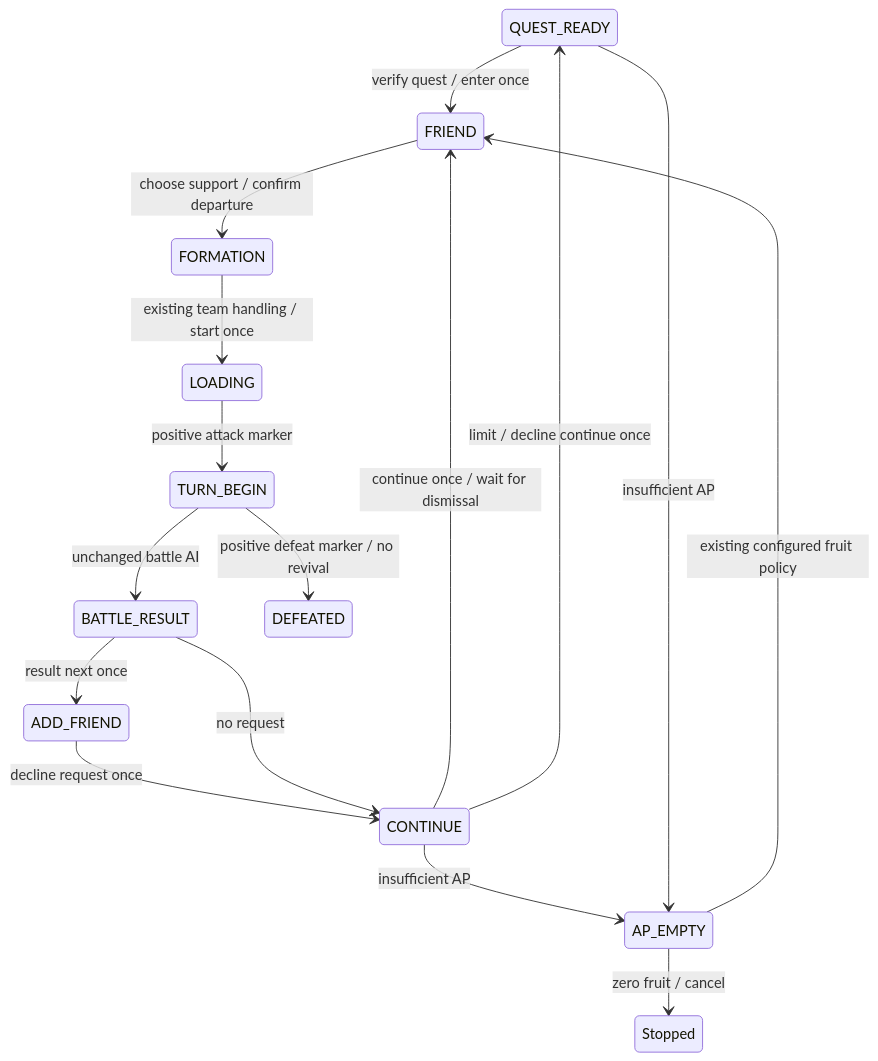
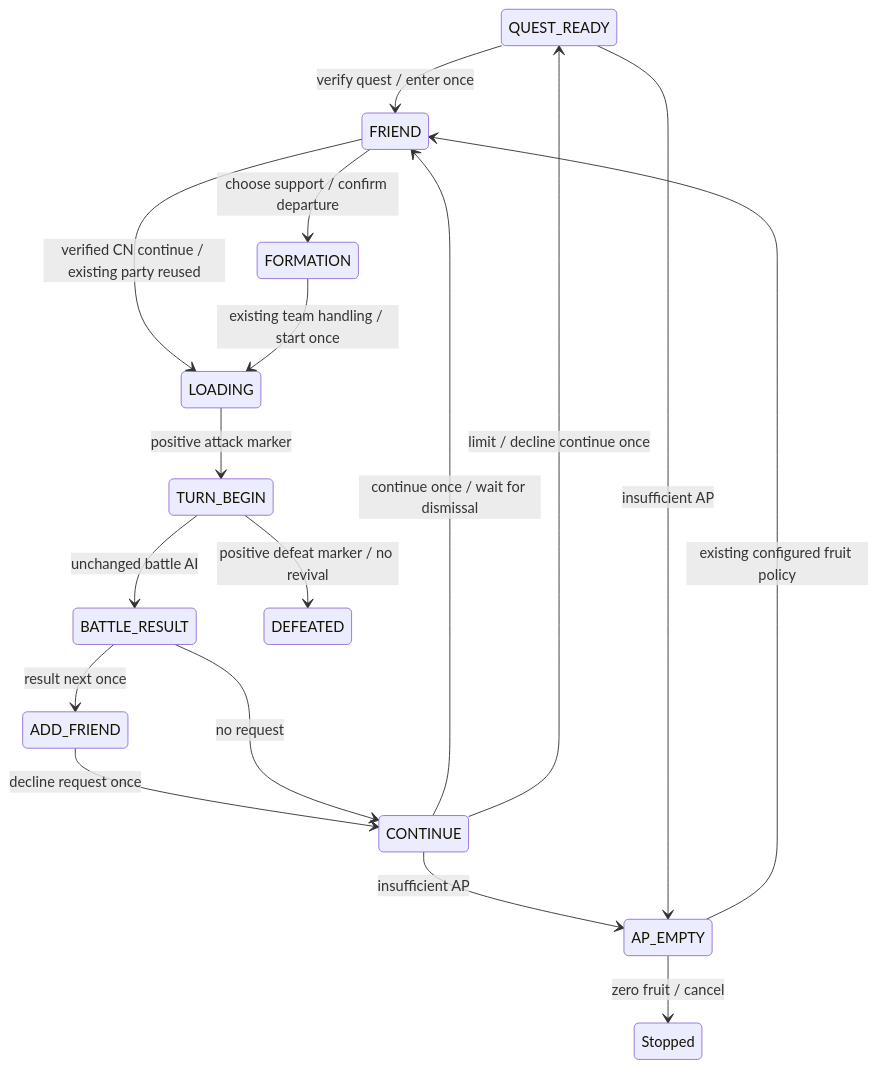
Before and after one commit to Lamprotornis-chalybaeus/FGO-py: the diagram in docs/BATTLE-CYCLE.md, drawn with Mermaid. The commit also changed other lines of this file and 2 other files, not shown here.

````diff
--- a/docs/BATTLE-CYCLE.md
+++ b/docs/BATTLE-CYCLE.md
@@ -7,18 +7,19 @@
 ```mermaid
 stateDiagram-v2
     QUEST_READY --> FRIEND: verify quest / enter once
     CONTINUE --> FRIEND: continue once / wait for dismissal
     CONTINUE --> AP_EMPTY: insufficient AP
     QUEST_READY --> AP_EMPTY: insufficient AP
     AP_EMPTY --> FRIEND: existing configured fruit policy
     AP_EMPTY --> Stopped: zero fruit / cancel
     FRIEND --> FORMATION: choose support / confirm departure
+    FRIEND --> LOADING: verified CN continue / existing party reused
     FORMATION --> LOADING: existing team handling / start once
     LOADING --> TURN_BEGIN: positive attack marker
     TURN_BEGIN --> BATTLE_RESULT: unchanged battle AI
     TURN_BEGIN --> DEFEATED: positive defeat marker / no revival
     BATTLE_RESULT --> ADD_FRIEND: result next once
     ADD_FRIEND --> CONTINUE: decline request once
     BATTLE_RESULT --> CONTINUE: no request
     CONTINUE --> QUEST_READY: limit / decline continue once
 ```
````
